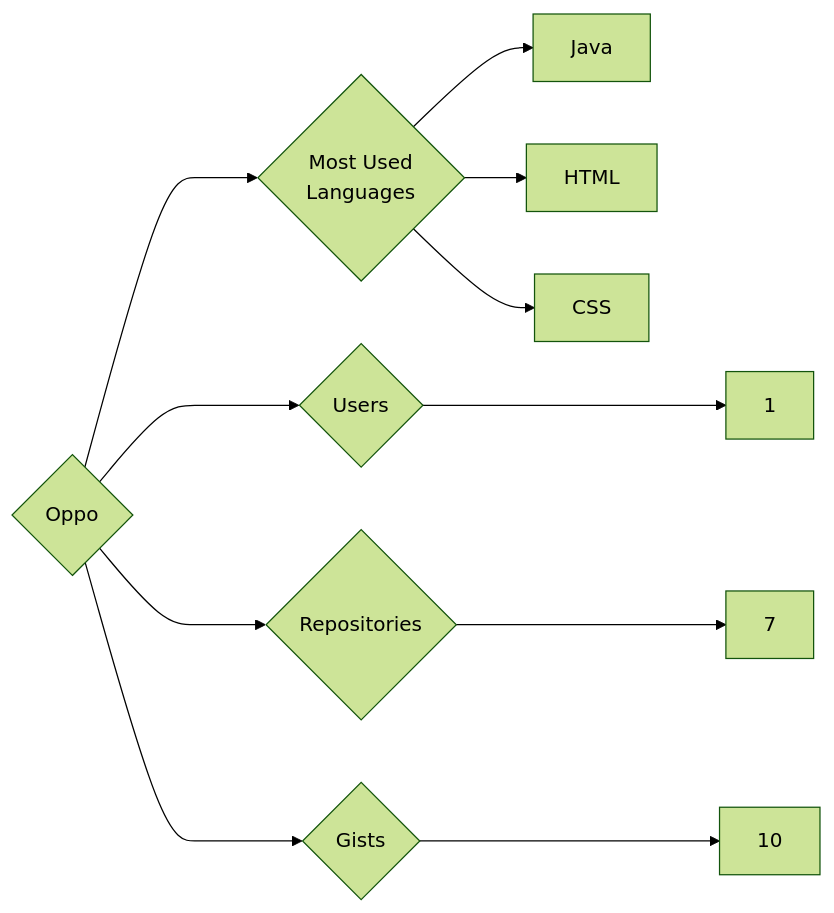
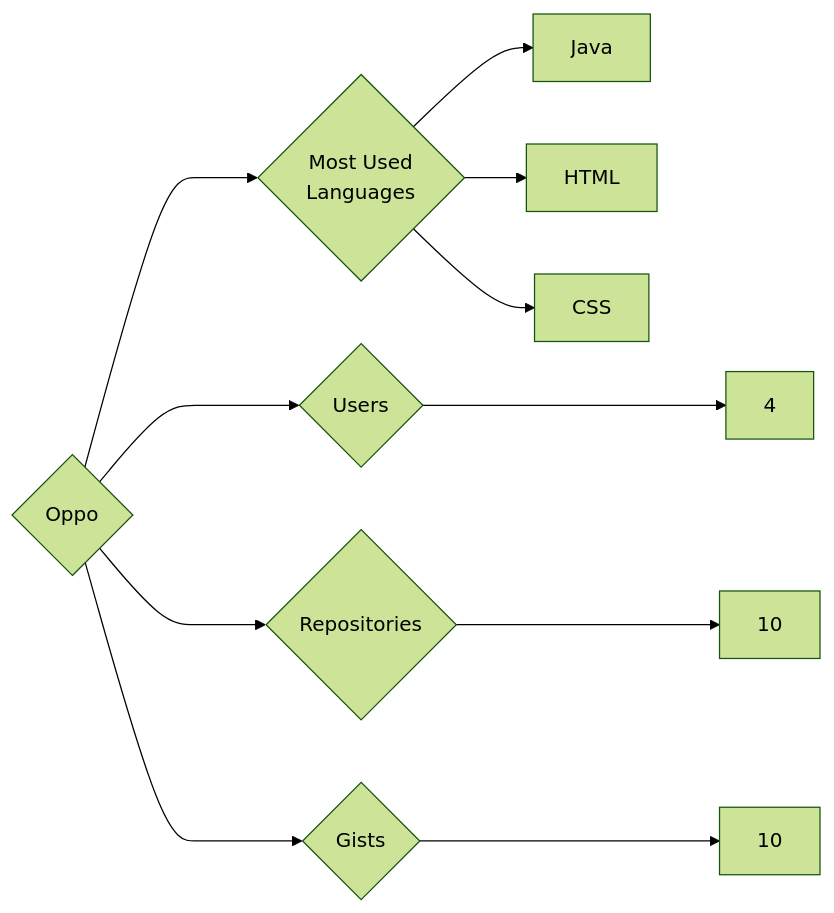
One commit to trickest/insiders changed the diagram in targets/Oppo/README.md. Above: the diagram before and after it, drawn with Mermaid (forest theme). The commit also changed 444 other files, not shown here.

````diff
--- a/targets/Oppo/README.md
+++ b/targets/Oppo/README.md
@@ -3,11 +3,11 @@
 ```mermaid
 graph LR
 COMPANY_NAME{Oppo}
-COMPANY_NAME ---> U{Users} ---> UN[1]
-COMPANY_NAME ---> R{Repositories} ---> RN[7]
+COMPANY_NAME ---> U{Users} ---> UN[4]
+COMPANY_NAME ---> R{Repositories} ---> RN[10]
 COMPANY_NAME ---> G{Gists} ---> GN[10]
 COMPANY_NAME ---> ML{Most Used<br>Languages}
 ML --> Java[Java]
 ML --> HTML[HTML]
 ML --> CSS[CSS]
 ```
````
